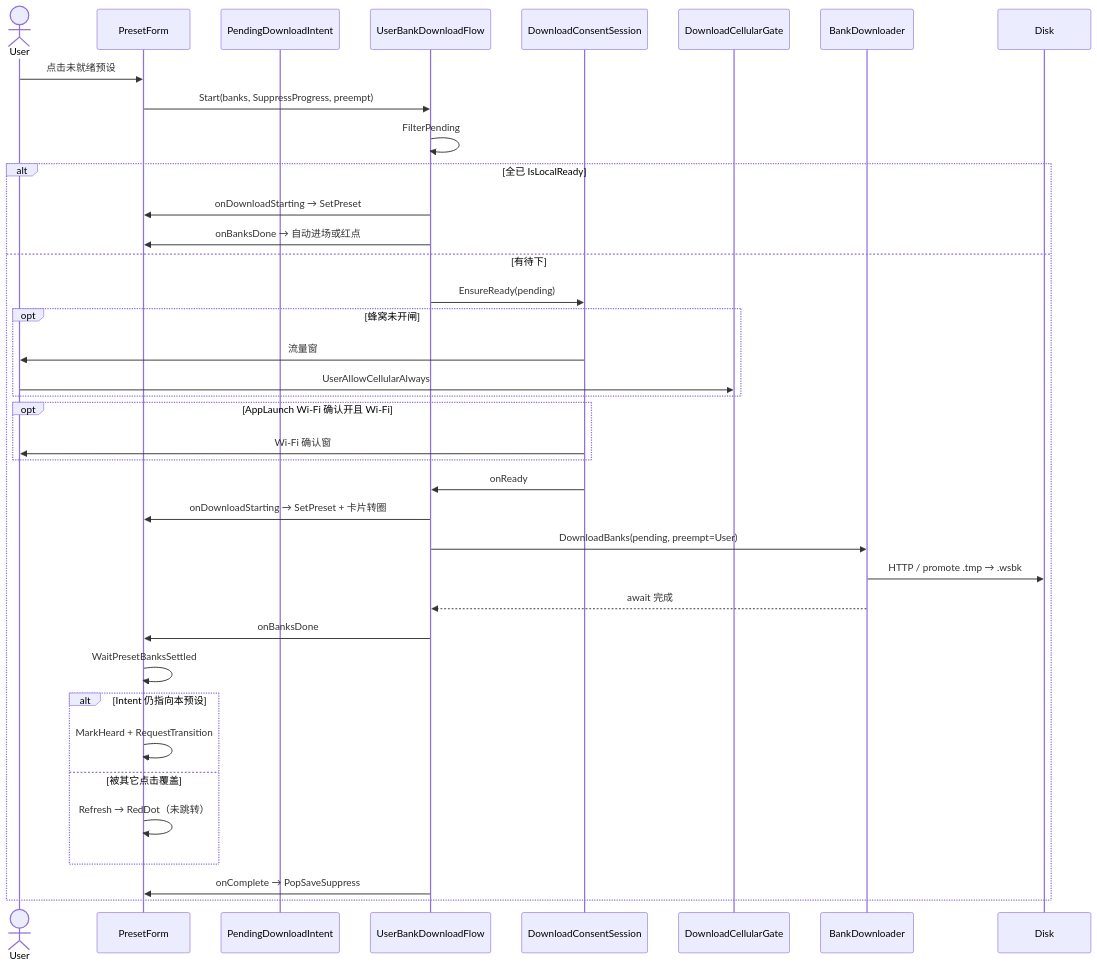
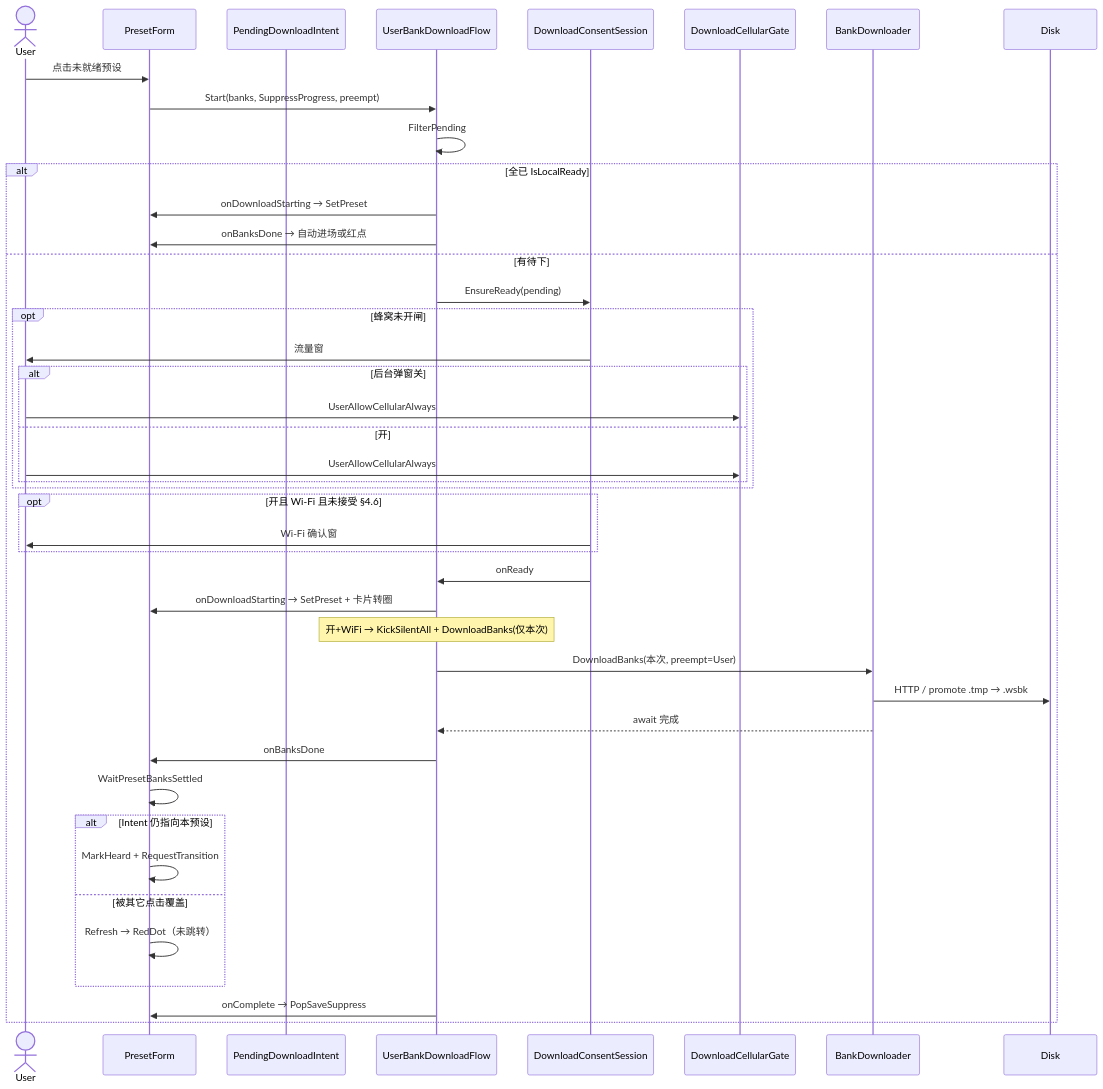
One commit to sika0819/CustomSRP changed the fifth of 12 diagrams in Assets/GameMain/Docs/13-bank-download.md. Above: the diagram before and after it, drawn with Mermaid. The commit also changed other lines of this file and 163 other files, not shown here.

First line of the commit message:
feat(island): polish oil clouds, terrain grass, and bank download flow

````diff
--- a/Assets/GameMain/Docs/13-bank-download.md
+++ b/Assets/GameMain/Docs/13-bank-download.md
@@ -134,41 +167,46 @@
 ```mermaid
 sequenceDiagram
   actor User
   participant PF as PresetForm
   participant Intent as PendingDownloadIntent
   participant Flow as UserBankDownloadFlow
   participant Consent as DownloadConsentSession
   participant Cell as DownloadCellularGate
   participant DL as BankDownloader
   participant Disk as Disk
 
   User->>PF: 点击未就绪预设
   PF->>Flow: Start(banks, SuppressProgress, preempt)
   Flow->>Flow: FilterPending
   alt 全已 IsLocalReady
     Flow->>PF: onDownloadStarting → SetPreset
     Flow->>PF: onBanksDone → 自动进场或红点
   else 有待下
     Flow->>Consent: EnsureReady(pending)
     opt 蜂窝未开闸
       Consent->>User: 流量窗
-      User->>Cell: UserAllowCellularAlways
+      alt 后台弹窗关
+        User->>Cell: UserAllowCellularAlways
+      else 开
+        User->>Cell: UserAllowCellularAlways
+      end
     end
-    opt AppLaunch Wi‑Fi 确认开且 Wi‑Fi
+    opt 开且 Wi‑Fi 且未接受 §4.6
       Consent->>User: Wi‑Fi 确认窗
     end
     Consent->>Flow: onReady
     Flow->>PF: onDownloadStarting → SetPreset + 卡片转圈
-    Flow->>DL: DownloadBanks(pending, preempt=User)
+    Note over Flow: 开+WiFi → KickSilentAll + DownloadBanks(仅本次)
+    Flow->>DL: DownloadBanks(本次, preempt=User)
     DL->>Disk: HTTP / promote .tmp → .wsbk
     DL-->>Flow: await 完成
     Flow->>PF: onBanksDone
     PF->>PF: WaitPresetBanksSettled
     alt Intent 仍指向本预设
       PF->>PF: MarkHeard + RequestTransition
     else 被其它点击覆盖
       PF->>PF: Refresh → RedDot（未跳转）
     end
     Flow->>PF: onComplete → PopSaveSuppress
   end
 ```
````
